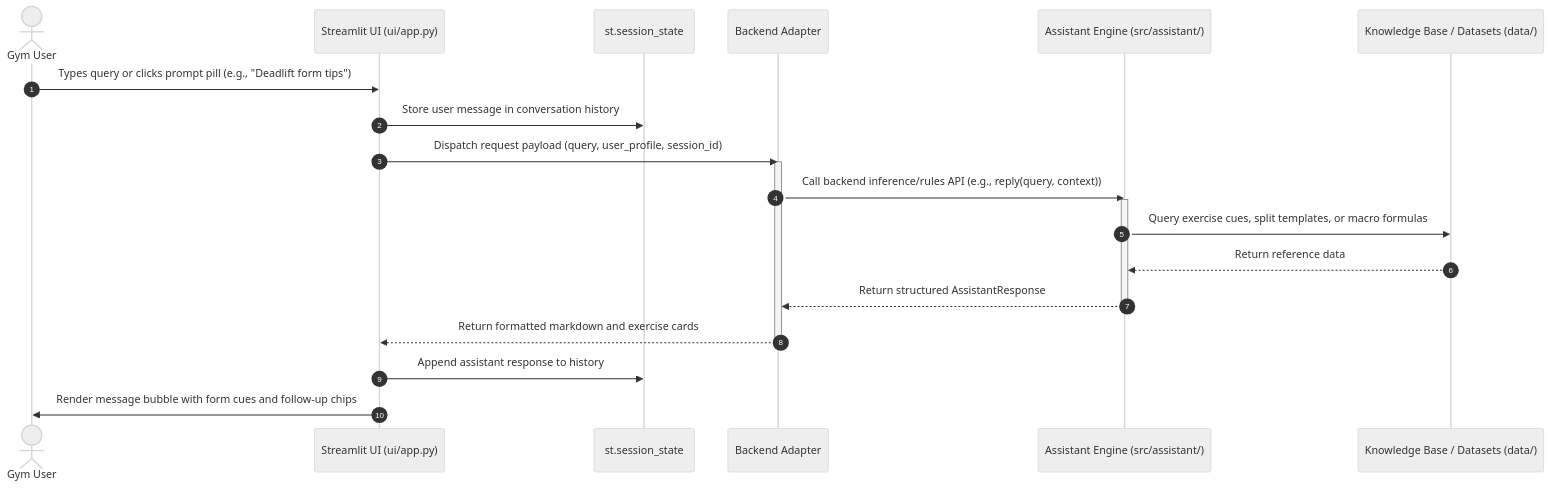
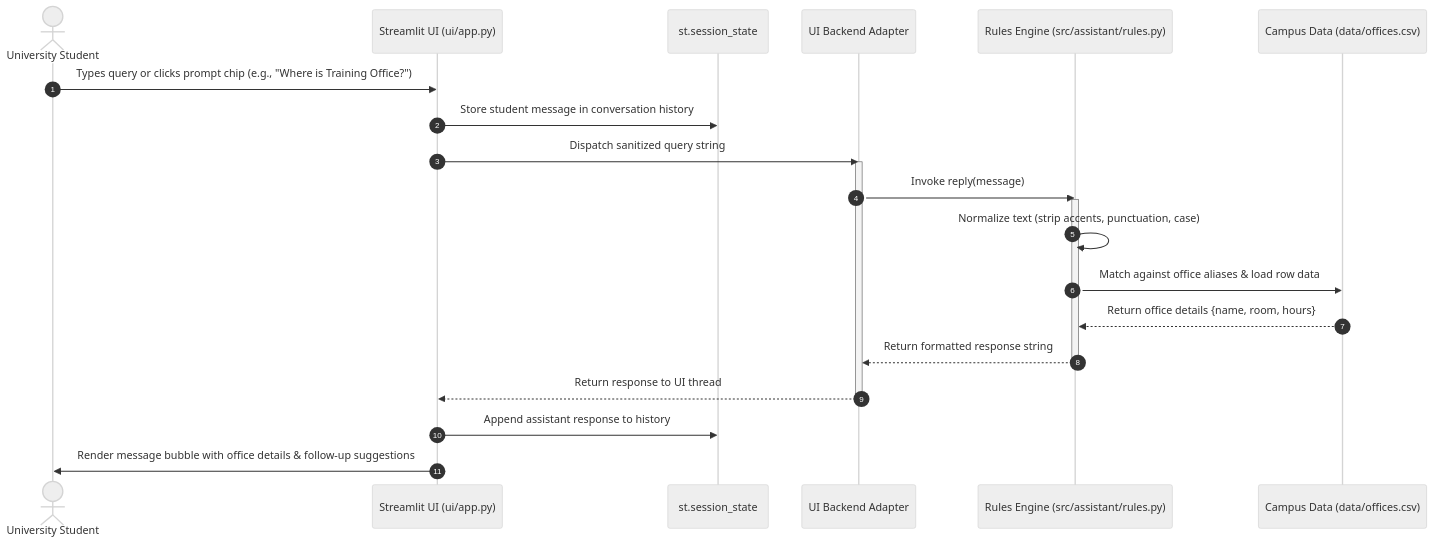
The diagram in ui/README.md (NewFace819/CS252-Lab-Group-01-), drawn with Mermaid (neutral theme) before and after one commit. The commit also changed other lines of this file and 5 other files, not shown here.

````diff
--- a/ui/README.md
+++ b/ui/README.md
@@ -36,25 +34,26 @@
 ```mermaid
 sequenceDiagram
     autonumber
-    actor Lifter as Gym User
+    actor Student as University Student
     participant UI as Streamlit UI (ui/app.py)
     participant State as st.session_state
-    participant Controller as Backend Adapter
-    participant Backend as Assistant Engine (src/assistant/)
-    participant Data as Knowledge Base / Datasets (data/)
+    participant Adapter as UI Backend Adapter
+    participant Backend as Rules Engine (src/assistant/rules.py)
+    participant Data as Campus Data (data/offices.csv)
 
-    Lifter->>UI: Types query or clicks prompt pill (e.g., "Deadlift form tips")
-    UI->>State: Store user message in conversation history
-    UI->>Controller: Dispatch request payload (query, user_profile, session_id)
-    activate Controller
-    Controller->>Backend: Call backend inference/rules API (e.g., reply(query, context))
+    Student->>UI: Types query or clicks prompt chip (e.g., "Where is Training Office?")
+    UI->>State: Store student message in conversation history
+    UI->>Adapter: Dispatch sanitized query string
+    activate Adapter
+    Adapter->>Backend: Invoke reply(message)
     activate Backend
-    Backend->>Data: Query exercise cues, split templates, or macro formulas
-    Data-->>Backend: Return reference data
-    Backend-->>Controller: Return structured AssistantResponse
+    Backend->>Backend: Normalize text (strip accents, punctuation, case)
+    Backend->>Data: Match against office aliases & load row data
+    Data-->>Backend: Return office details {name, room, hours}
+    Backend-->>Adapter: Return formatted response string
     deactivate Backend
-    Controller-->>UI: Return formatted markdown and exercise cards
-    deactivate Controller
+    Adapter-->>UI: Return response to UI thread
+    deactivate Adapter
     UI->>State: Append assistant response to history
-    UI->>Lifter: Render message bubble with form cues and follow-up chips
+    UI->>Student: Render message bubble with office details & follow-up suggestions
 ```
````
